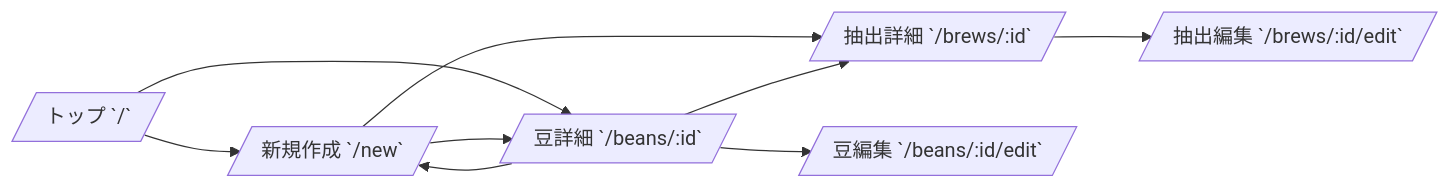
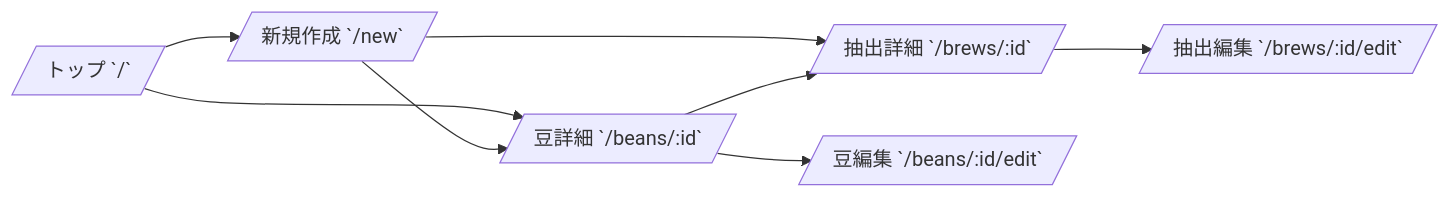
Before and after one commit to yjn279/brewia: the diagram in docs/画面仕様書.md, drawn with Mermaid. The commit also changed other lines of this file and 2 other files, not shown here.

````diff
--- a/docs/画面仕様書.md
+++ b/docs/画面仕様書.md
@@ -27,11 +27,10 @@
 ```mermaid
 flowchart LR
     TOP[/トップ `/`/] --> NEW[/新規作成 `/new`/]
     TOP --> BEAN_DETAIL[/豆詳細 `/beans/:id`/]
     NEW --> BEAN_DETAIL
     NEW --> BREW_DETAIL[/抽出詳細 `/brews/:id`/]
     BEAN_DETAIL --> BEAN_EDIT[/豆編集 `/beans/:id/edit`/]
     BEAN_DETAIL --> BREW_DETAIL
-    BEAN_DETAIL --> NEW
     BREW_DETAIL --> BREW_EDIT[/抽出編集 `/brews/:id/edit`/]
 ```
````
